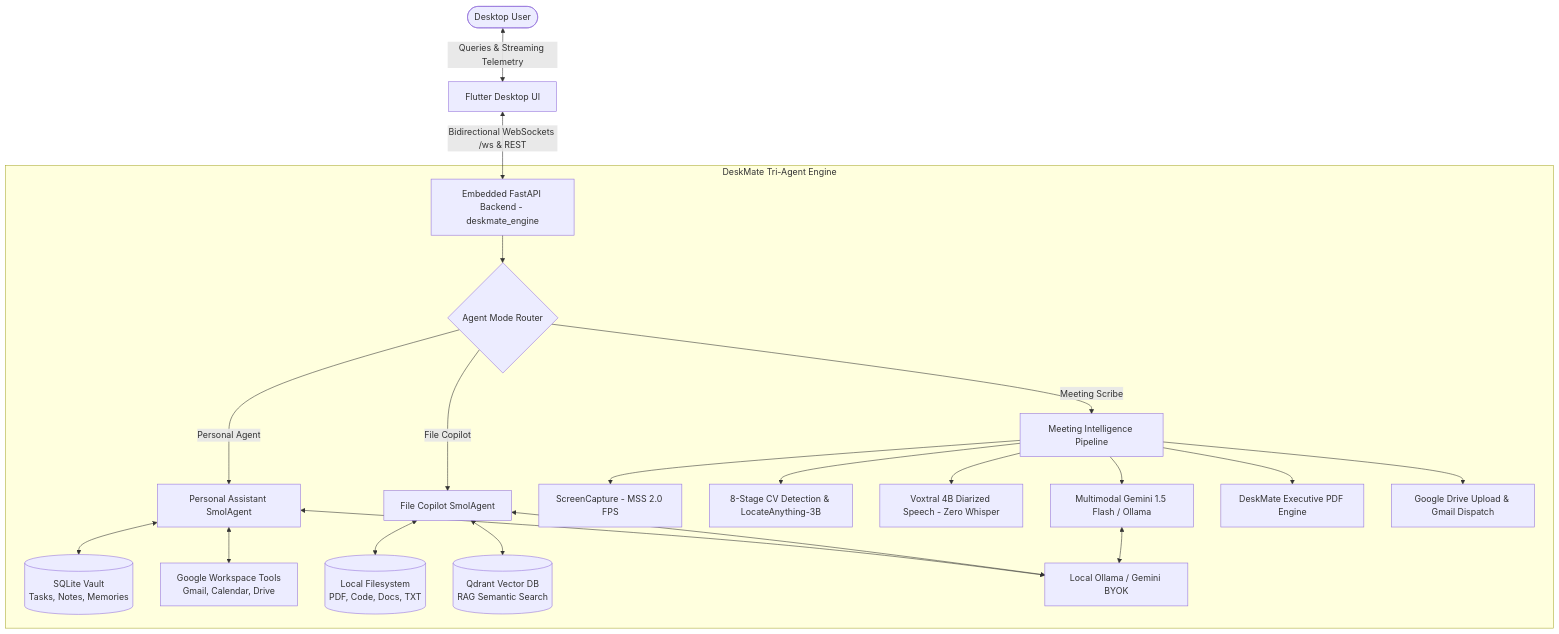
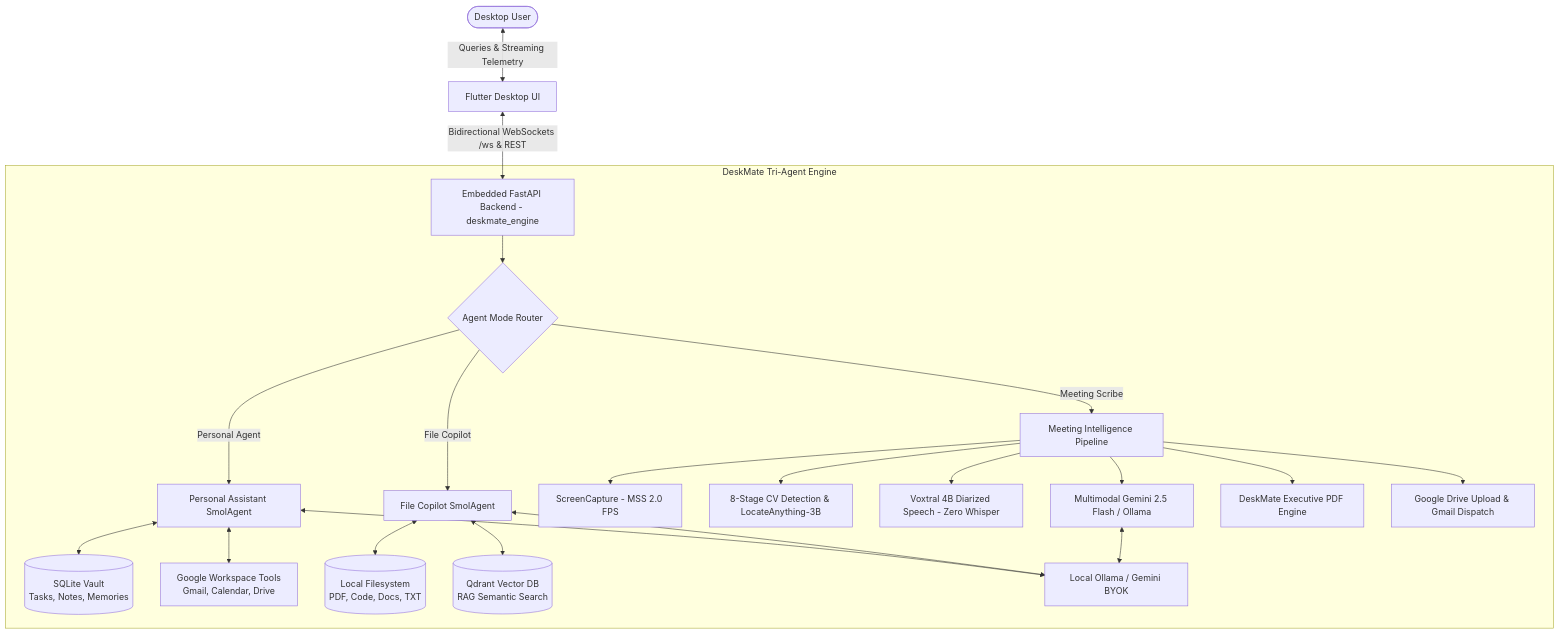
The diagram in README.md (Ganeshvenkatesanofficial/DeskMate), drawn with Mermaid before and after one commit. The commit also changed other lines of this file and 38 other files, not shown here.

````diff
--- a/README.md
+++ b/README.md
@@ -150,29 +150,29 @@
 ```mermaid
 graph TD
     User([Desktop User]) <-->|Queries & Streaming Telemetry| UI[Flutter Desktop UI]
     UI <-->|Bidirectional WebSockets /ws & REST| BE[Embedded FastAPI Backend - deskmate_engine]
 
     subgraph "DeskMate Tri-Agent Engine"
         BE --> Router{Agent Mode Router}
         Router -->|Personal Agent| PA[Personal Assistant SmolAgent]
         Router -->|File Copilot| FC[File Copilot SmolAgent]
         Router -->|Meeting Scribe| MS[Meeting Intelligence Pipeline]
 
         PA <--> LocalDB[(SQLite Vault\nTasks, Notes, Memories)]
         PA <--> GWorkspace[Google Workspace Tools\nGmail, Calendar, Drive]
 
         FC <--> LocalFiles[(Local Filesystem\nPDF, Code, Docs, TXT)]
         FC <--> Qdrant[(Qdrant Vector DB\nRAG Semantic Search)]
 
         MS --> Screen[ScreenCapture - MSS 2.0 FPS]
         MS --> CV8[8-Stage CV Detection & LocateAnything-3B]
         MS --> Vox[Voxtral 4B Diarized Speech - Zero Whisper]
-        MS --> Sum[Multimodal Gemini 1.5 Flash / Ollama]
+        MS --> Sum[Multimodal Gemini 2.5 Flash / Ollama]
         MS --> PDF[DeskMate Executive PDF Engine]
         MS --> CloudSync[Google Drive Upload & Gmail Dispatch]
 
         PA <--> LLM[Local Ollama / Gemini BYOK]
         FC <--> LLM
         Sum <--> LLM
     end
 ```
````
